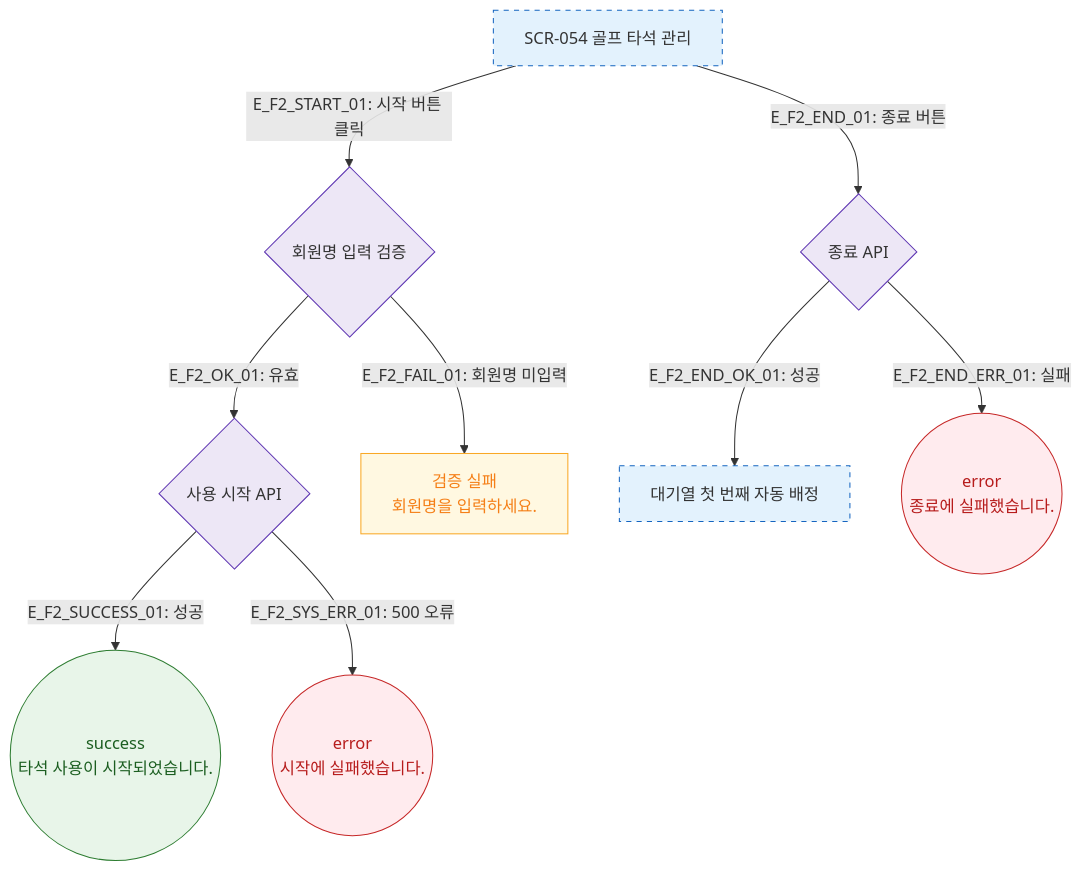
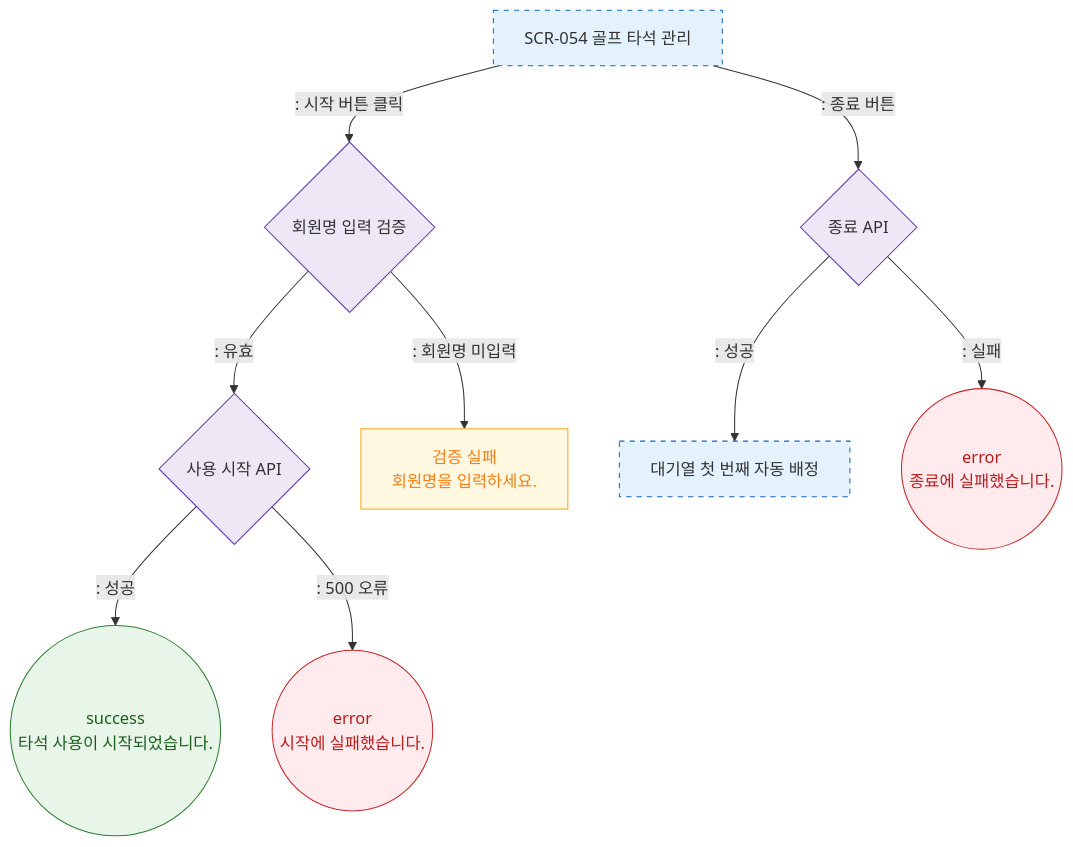
One commit to dev-spogym/admin-pando changed the diagram in docs/다이어그램/D06_시설관리/SCR-054_골프타석관리/F2_메인.md. Above: the diagram before and after it, drawn with Mermaid. The commit also changed other lines of this file and 1660 other files, not shown here.

First line of the commit message:
다이어그램: 기획자/클라이언트 납품본으로 정리

````diff
--- a/docs/다이어그램/D06_시설관리/SCR-054_골프타석관리/F2_메인.md
+++ b/docs/다이어그램/D06_시설관리/SCR-054_골프타석관리/F2_메인.md
@@ -16,26 +14,26 @@
 ```mermaid
 flowchart TD
     SCR_054[SCR-054 골프 타석 관리]
 
-    SCR_054 -->|"E_F2_START_01: 시작 버튼 클릭"| Validate{회원명 입력 검증}
+    SCR_054 -->|": 시작 버튼 클릭"|Validate{회원명 입력 검증}
 
-    Validate -->|"E_F2_OK_01: 유효"| StartAPI{사용 시작 API}
-    Validate -->|"E_F2_FAIL_01: 회원명 미입력"| ValidationFail[검증 실패\n회원명을 입력하세요.]
-    StartAPI -->|"E_F2_SUCCESS_01: 성공"| TimerStart((success\n타석 사용이 시작되었습니다.))
-    StartAPI -->|"E_F2_SYS_ERR_01: 500 오류"| SysErr((error\n시작에 실패했습니다.))
+    Validate -->|": 유효"|StartAPI{사용 시작 API}
+    Validate -->|": 회원명 미입력"|ValidationFail[검증 실패\n회원명을 입력하세요.]
+    StartAPI -->|": 성공"|TimerStart((success\n타석 사용이 시작되었습니다.))
+    StartAPI -->|": 500 오류"|SysErr((error\n시작에 실패했습니다.))
 
-    SCR_054 -->|"E_F2_END_01: 종료 버튼"| EndAPI{종료 API}
-    EndAPI -->|"E_F2_END_OK_01: 성공"| AutoAssign[대기열 첫 번째 자동 배정]
-    EndAPI -->|"E_F2_END_ERR_01: 실패"| EndErr((error\n종료에 실패했습니다.))
+    SCR_054 -->|": 종료 버튼"|EndAPI{종료 API}
+    EndAPI -->|": 성공"|AutoAssign[대기열 첫 번째 자동 배정]
+    EndAPI -->|": 실패"|EndErr((error\n종료에 실패했습니다.))
 
     classDef screen fill:#E3F2FD,stroke:#1565C0,stroke-dasharray:5 5
     classDef success fill:#E8F5E9,stroke:#2E7D32,color:#1B5E20
     classDef error fill:#FFEBEE,stroke:#C62828,color:#B71C1C
     classDef warning fill:#FFF8E1,stroke:#F9A825,color:#F57F17
     classDef system fill:#EDE7F6,stroke:#5E35B2
     class SCR_054,AutoAssign screen
     class TimerStart success
     class SysErr,EndErr error
     class ValidationFail warning
     class Validate,StartAPI,EndAPI system
 ```
````
